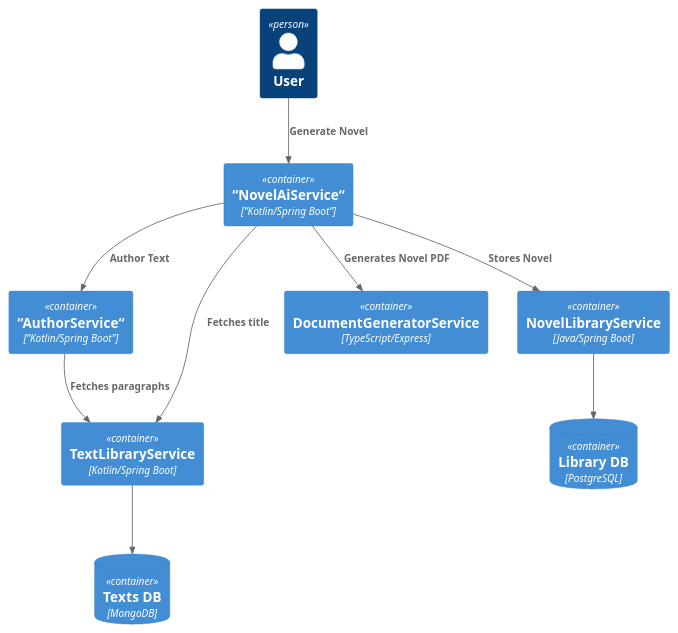
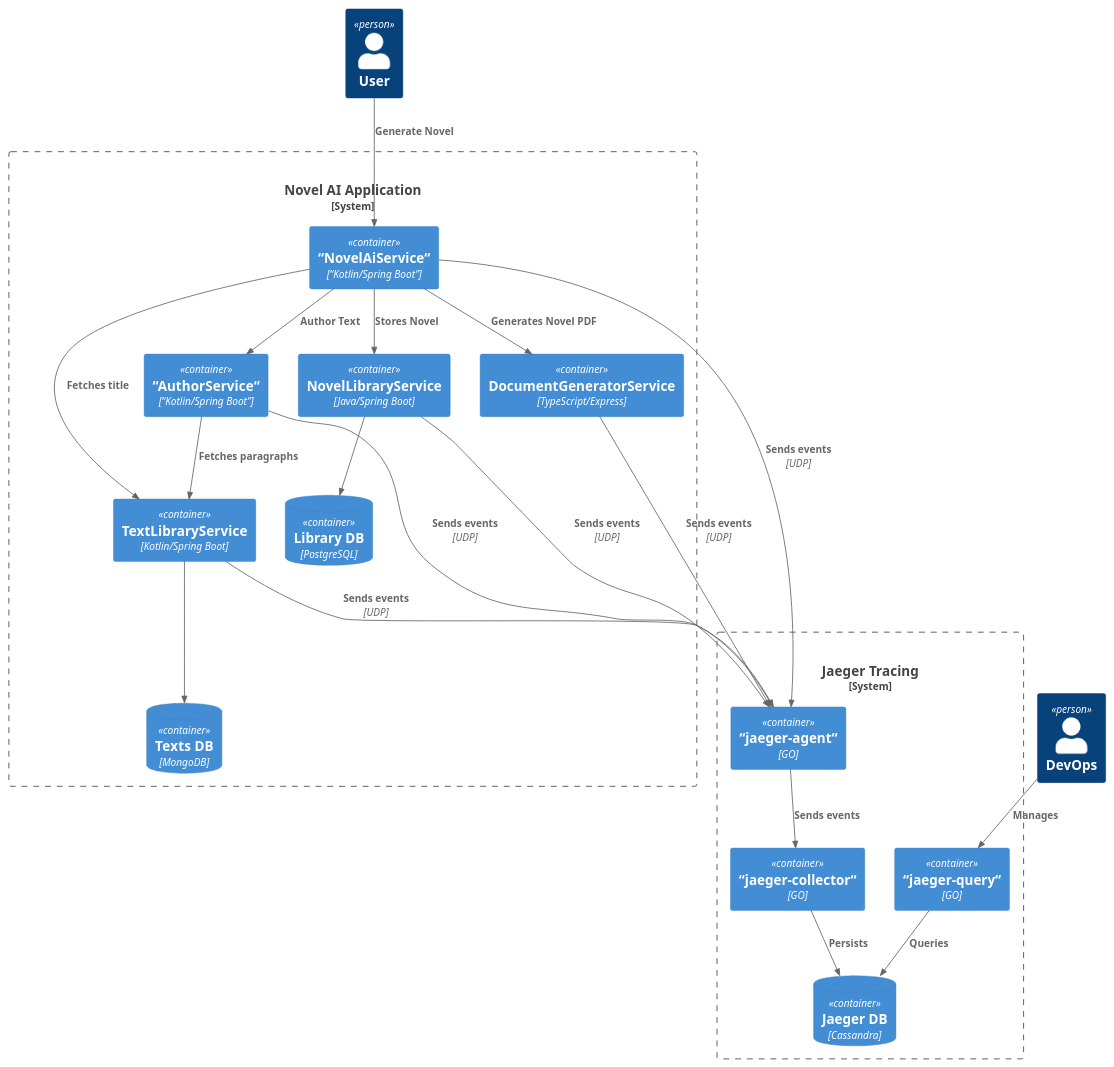
One commit to roamingthings/workbench-tracing changed the diagram in doc/services.puml. Above: the diagram before and after it, drawn with PlantUML. The commit also changed 2 other files, not shown here.

```diff
--- a/doc/services.puml
+++ b/doc/services.puml
@@ -1,24 +1,44 @@
 @startuml
 !includeurl https://raw.githubusercontent.com/RicardoNiepel/C4-PlantUML/release/1-0/C4_Context.puml
 !includeurl https://raw.githubusercontent.com/RicardoNiepel/C4-PlantUML/release/1-0/C4_Container.puml
 !includeurl https://raw.githubusercontent.com/RicardoNiepel/C4-PlantUML/release/1-0/C4_Component.puml
 
 Person(user, "User")
-Container(novelAiService, “NovelAiService“, “Kotlin/Spring Boot”)
-Container(authorService, “AuthorService“, “Kotlin/Spring Boot”)
-Container(textLibraryService, "TextLibraryService", "Kotlin/Spring Boot")
-Container(documentGeneratorService, "DocumentGeneratorService", "TypeScript/Express")
-Container(novelLibraryService, "NovelLibraryService", "Java/Spring Boot")
-ContainerDb(postgres, "Library DB", "PostgreSQL")
-ContainerDb(mongo, "Texts DB", "MongoDB")
+System_Boundary(c1, "Novel AI Application") {
+    Container(novelAiService, “NovelAiService“, “Kotlin/Spring Boot”)
+    Container(authorService, “AuthorService“, “Kotlin/Spring Boot”)
+    Container(textLibraryService, "TextLibraryService", "Kotlin/Spring Boot")
+    Container(documentGeneratorService, "DocumentGeneratorService", "TypeScript/Express")
+    Container(novelLibraryService, "NovelLibraryService", "Java/Spring Boot")
+    ContainerDb(postgres, "Library DB", "PostgreSQL")
+    ContainerDb(mongo, "Texts DB", "MongoDB")
+}
+
+Person(devOps, "DevOps")
+System_Boundary(c2, "Jaeger Tracing") {
+    Container(jaegerAgent, “jaeger-agent“, "GO")
+    Container(jaegerCollector, “jaeger-collector“, "GO")
+    Container(jaegerQuery, “jaeger-query“, "GO")
+    ContainerDb(jaegerDb, "Jaeger DB", "Cassandra")
+}
 
 Rel(user, novelAiService, "Generate Novel")
 Rel(novelAiService, authorService, "Author Text")
 Rel(novelAiService, documentGeneratorService, "Generates Novel PDF")
 Rel(novelAiService, novelLibraryService, "Stores Novel")
 Rel(authorService, textLibraryService, "Fetches paragraphs")
 Rel(textLibraryService, mongo, " ")
 Rel(novelAiService, textLibraryService, "Fetches title")
 Rel(novelLibraryService, postgres, " ")
 
+Rel(devOps, jaegerQuery, "Manages")
+Rel(jaegerAgent, jaegerCollector, "Sends events")
+Rel(jaegerCollector, jaegerDb, "Persists")
+Rel(jaegerQuery, jaegerDb, "Queries")
+
+Rel(novelAiService, jaegerAgent, "Sends events", "UDP")
+Rel(authorService, jaegerAgent, "Sends events", "UDP")
+Rel(textLibraryService, jaegerAgent, "Sends events", "UDP")
+Rel(documentGeneratorService, jaegerAgent, "Sends events", "UDP")
+Rel(novelLibraryService, jaegerAgent, "Sends events", "UDP")
 @enduml
```
